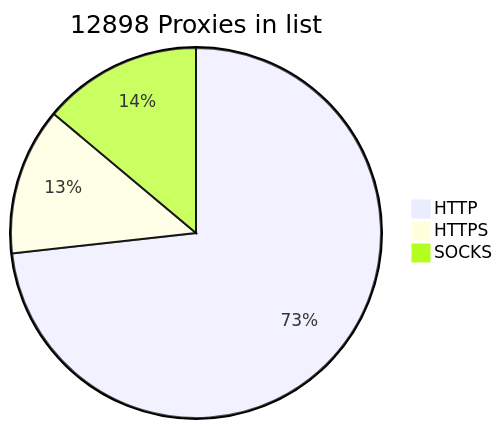
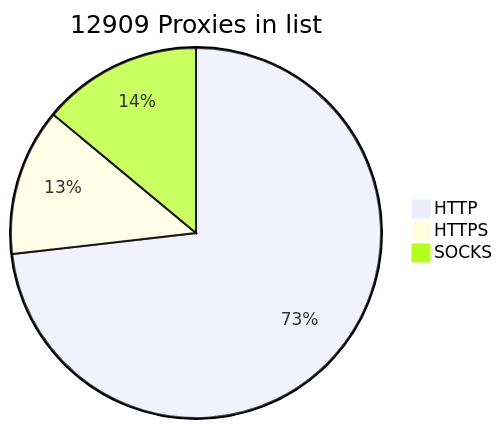
One commit to BlackSnowDot/proxylist-update-every-minute changed the diagram in README.md. Above: the diagram before and after it, drawn with Mermaid.

````diff
--- a/README.md
+++ b/README.md
@@ -2,6 +2,6 @@
 ```mermaid
-pie title 12898 Proxies in list
+pie title 12909 Proxies in list
     "HTTP" : 9689
     "HTTPS": 1701
-    "SOCKS" : 1839
+    "SOCKS" : 1850
 ```
````
